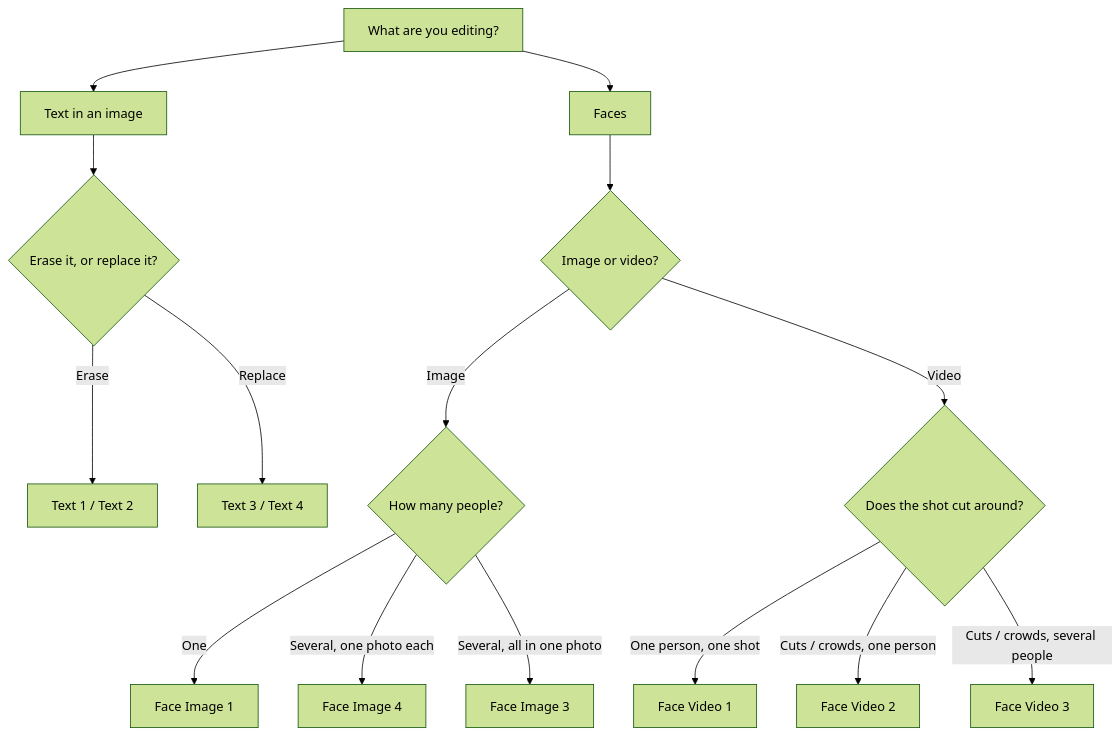
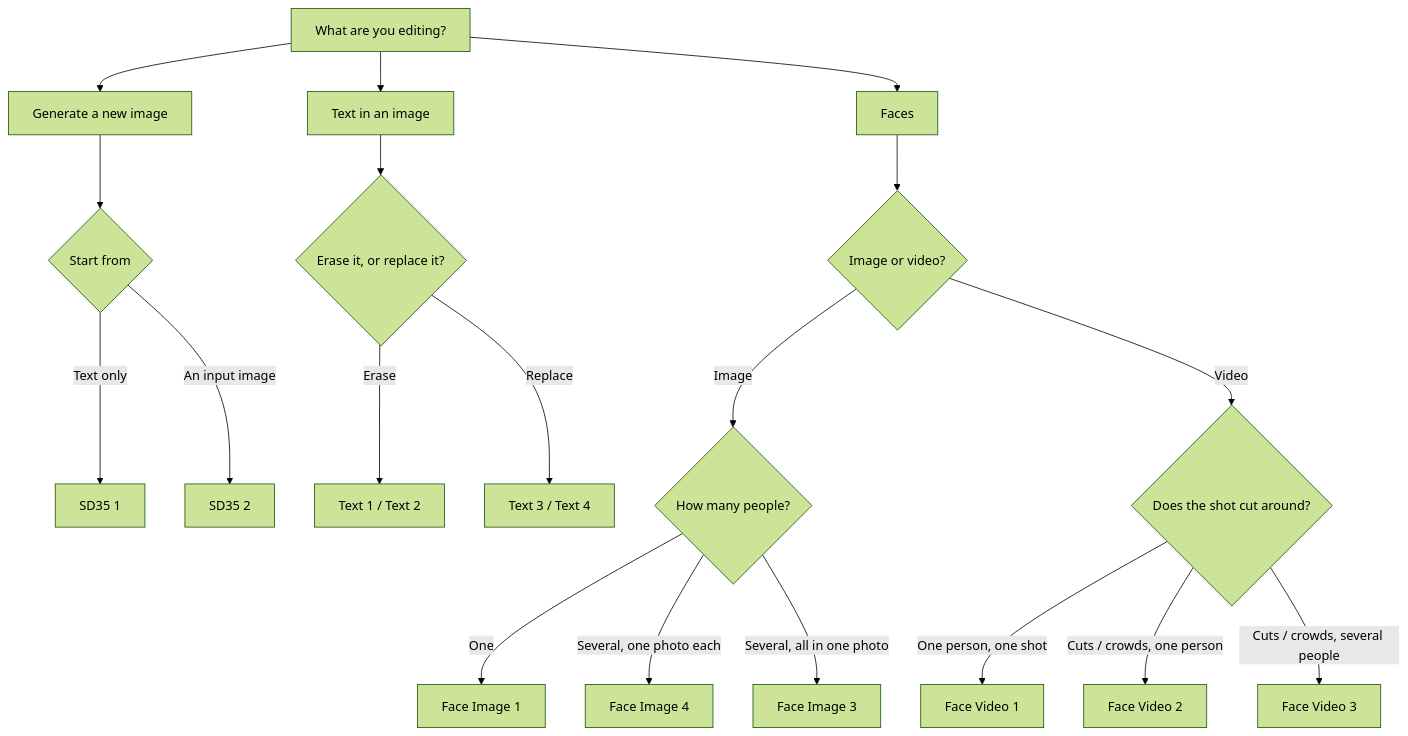
One commit to HarryChen1995/comfy-custom-workflow changed the first of 14 diagrams in README.md. Above: the diagram before and after it, drawn with Mermaid (forest theme). The commit also changed other lines of this file and 3 other files, not shown here.

Commit message:
Add SD 3.5 large text and image to images workflow

````diff
--- a/README.md
+++ b/README.md
@@ -217,17 +241,21 @@
 ```mermaid
 flowchart TD
     A[What are you editing?] --> B[Text in an image]
     A --> C[Faces]
+    A --> G[Generate a new image]
+    G --> G1{Start from}
+    G1 -->|Text only| G2["SD35 1"]
+    G1 -->|An input image| G3["SD35 2"]
     B --> B1{Erase it, or replace it?}
     B1 -->|Erase| B2["Text 1 / Text 2"]
     B1 -->|Replace| B3["Text 3 / Text 4"]
     C --> C1{Image or video?}
     C1 -->|Image| C2{How many people?}
     C2 -->|One| C3["Face Image 1"]
     C2 -->|Several, one photo each| C4["Face Image 4"]
     C2 -->|Several, all in one photo| C5["Face Image 3"]
     C1 -->|Video| C6{Does the shot cut around?}
     C6 -->|"One person, one shot"| C7["Face Video 1"]
     C6 -->|"Cuts / crowds, one person"| C8["Face Video 2"]
     C6 -->|"Cuts / crowds, several people"| C9["Face Video 3"]
 ```
````
